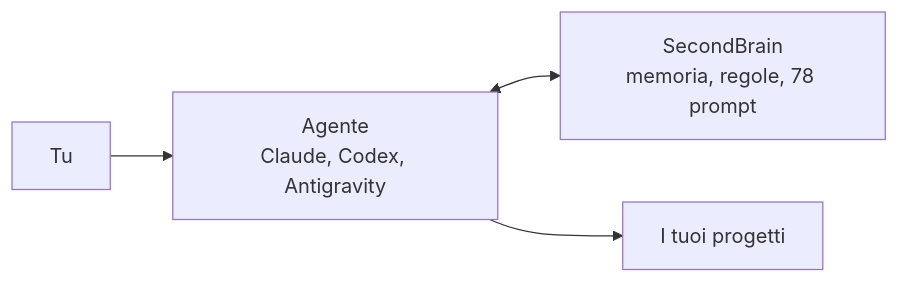
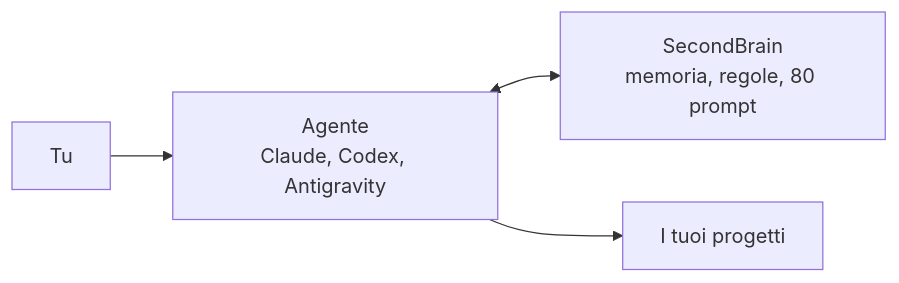
Before and after one commit to dennidalpos/secondbrain: the first of 2 diagrams in README.md, drawn with Mermaid. The commit also changed other lines of this file and 38 other files, not shown here.

````diff
--- a/README.md
+++ b/README.md
@@ -9,6 +9,6 @@
 ```mermaid
 flowchart LR
     T["Tu"] --> A["Agente<br/>Claude, Codex, Antigravity"]
-    A <--> S["SecondBrain<br/>memoria, regole, 78 prompt"]
+    A <--> S["SecondBrain<br/>memoria, regole, 80 prompt"]
     A --> P["I tuoi progetti"]
 ```
````
